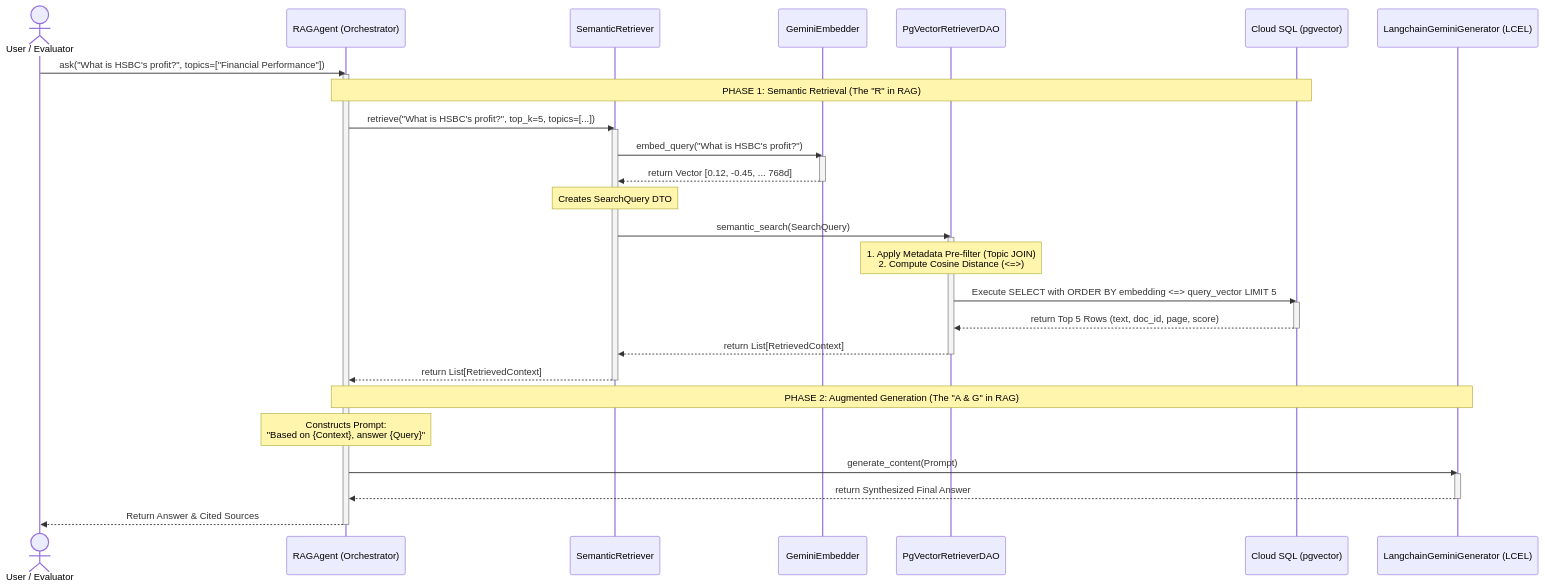
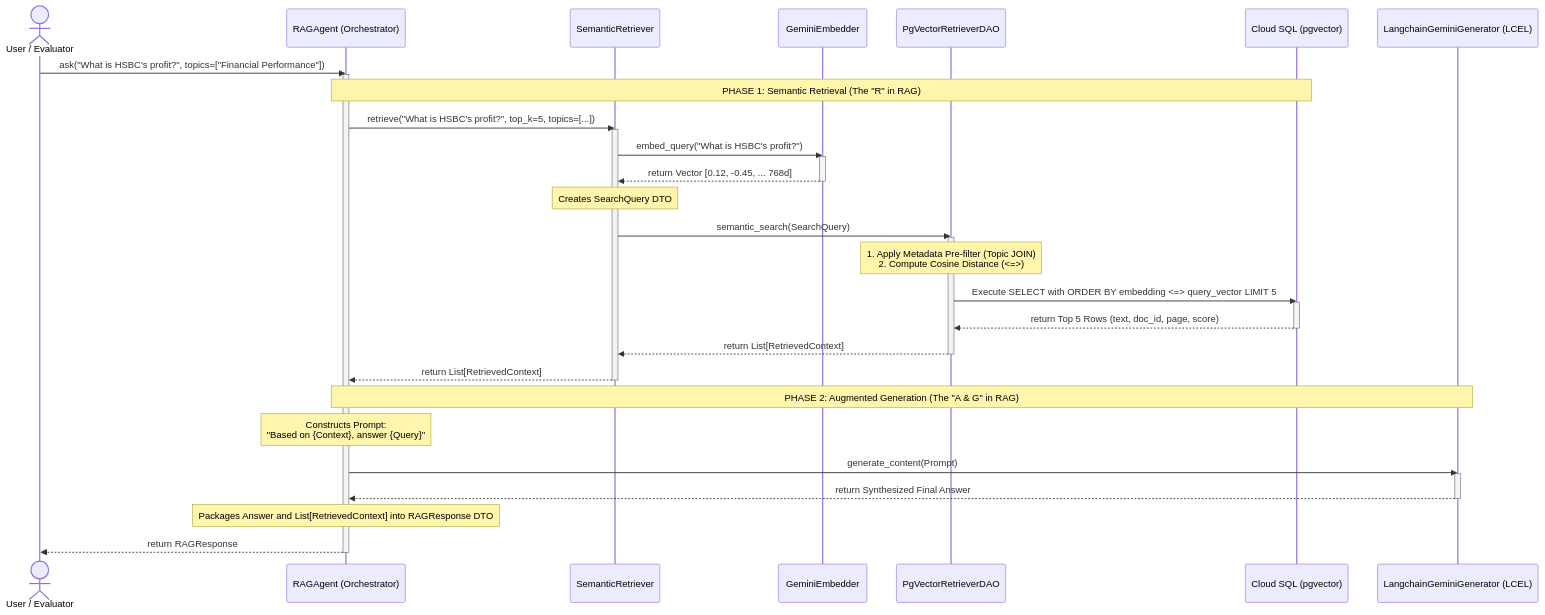
Before and after one commit to nvd11/automated-rag-evaluator: the second of 2 diagrams in docs/phase2_retriever_architecture.md, drawn with Mermaid. The commit also changed other lines of this file, not shown here.

Commit message:
docs(architecture): introduce RAGResponse DTO to return answer alongside structured citation contexts for downstream evaluation

````diff
--- a/docs/phase2_retriever_architecture.md
+++ b/docs/phase2_retriever_architecture.md
@@ -103,51 +109,52 @@
 ```mermaid
 sequenceDiagram
     actor Client as User / Evaluator
     participant RAG as RAGAgent (Orchestrator)
     participant Retriever as SemanticRetriever
     participant Embedder as GeminiEmbedder
     participant DAO as PgVectorRetrieverDAO
     participant DB as Cloud SQL (pgvector)
     participant LLM as LangchainGeminiGenerator (LCEL)
 
     Client->>RAG: ask("What is HSBC's profit?", topics=["Financial Performance"])
     activate RAG
 
     %% PHASE 1: Retrieval
     Note over RAG, DB: PHASE 1: Semantic Retrieval (The "R" in RAG)
     RAG->>Retriever: retrieve("What is HSBC's profit?", top_k=5, topics=[...])
     activate Retriever
     
     Retriever->>Embedder: embed_query("What is HSBC's profit?")
     activate Embedder
     Embedder-->>Retriever: return Vector [0.12, -0.45, ... 768d]
     deactivate Embedder
     
     Note over Retriever: Creates SearchQuery DTO
     Retriever->>DAO: semantic_search(SearchQuery)
     activate DAO
     
     Note over DAO: 1. Apply Metadata Pre-filter (Topic JOIN)<br/>2. Compute Cosine Distance (<=>)
     DAO->>DB: Execute SELECT with ORDER BY embedding <=> query_vector LIMIT 5
     activate DB
     DB-->>DAO: return Top 5 Rows (text, doc_id, page, score)
     deactivate DB
     
     DAO-->>Retriever: return List[RetrievedContext]
     deactivate DAO
     
     Retriever-->>RAG: return List[RetrievedContext]
     deactivate Retriever
 
     %% PHASE 2: Generation
     Note over RAG, LLM: PHASE 2: Augmented Generation (The "A & G" in RAG)
     Note over RAG: Constructs Prompt:<br/>"Based on {Context}, answer {Query}"
     
     RAG->>LLM: generate_content(Prompt)
     activate LLM
     LLM-->>RAG: return Synthesized Final Answer
     deactivate LLM
     
-    RAG-->>Client: Return Answer & Cited Sources
+    Note over RAG: Packages Answer and List[RetrievedContext] into RAGResponse DTO
+    RAG-->>Client: return RAGResponse
     deactivate RAG
 ```
````
